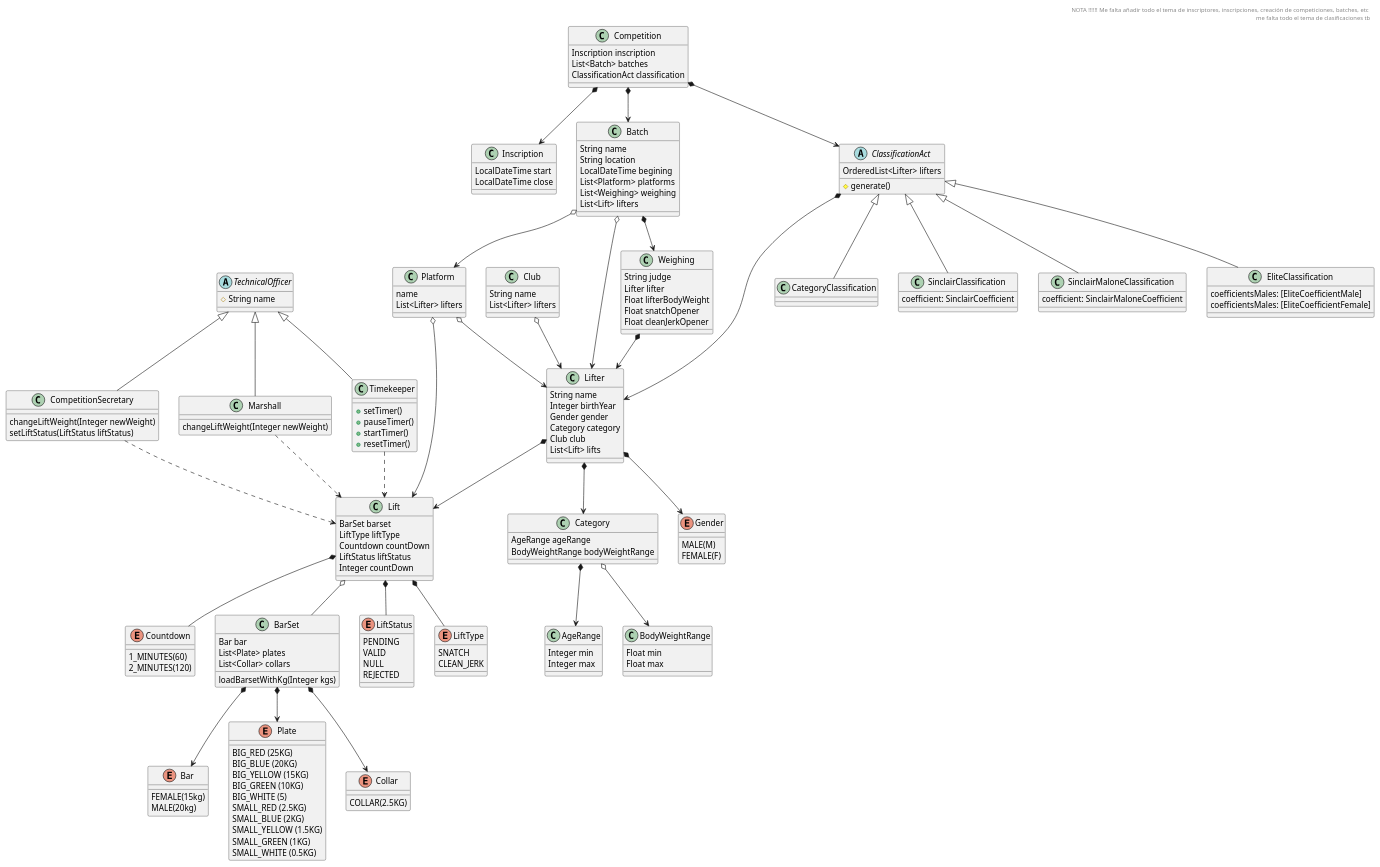
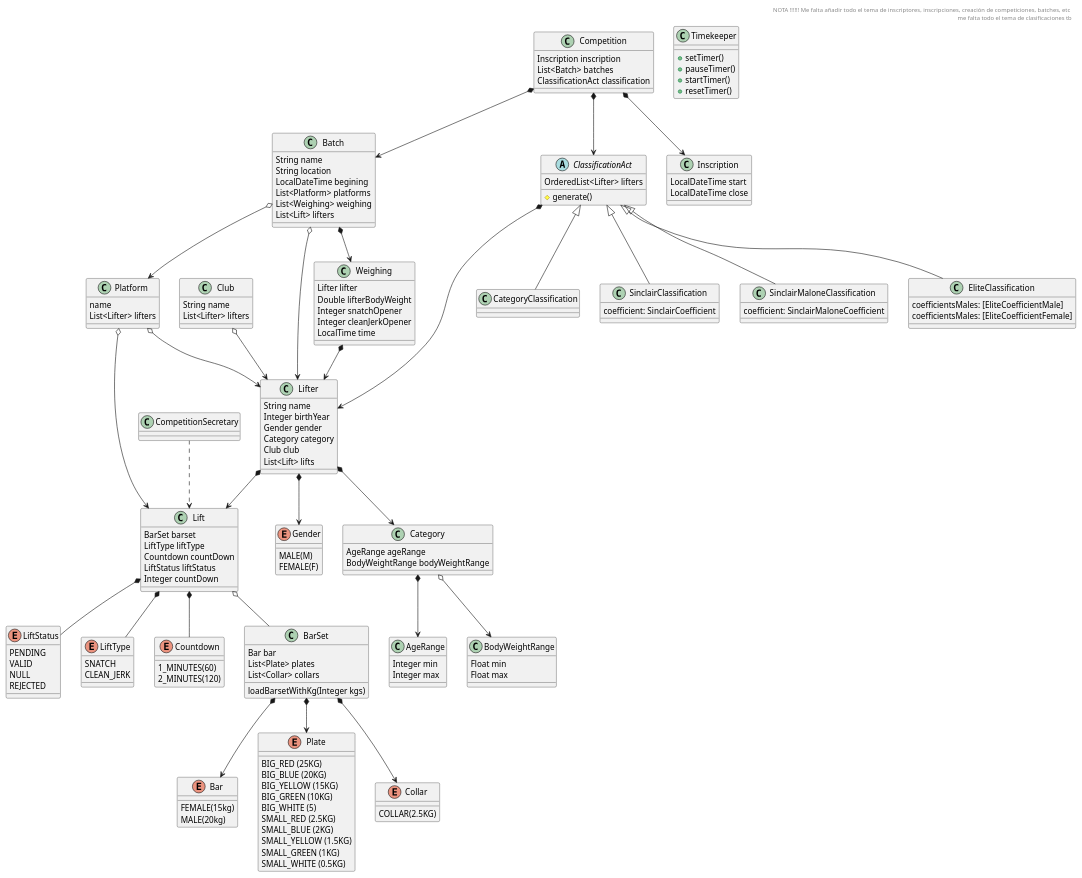
The diagram in documentation/diagrams/3_design/ClassDiagram.puml (zuldare/mastercloud_pfm_halterocms), drawn with PlantUML before and after one commit. The commit also changed 7 other files, not shown here.

Commit message:
feat: Refactor use case diagrams

```diff
--- a/documentation/diagrams/3_design/ClassDiagram.puml
+++ b/documentation/diagrams/3_design/ClassDiagram.puml
@@ -1,4 +1,6 @@
 @startuml
+
+'//TODO CHECK
 enum LiftStatus {
   PENDING
   VALID
@@ -42,10 +44,10 @@
   MALE(M)
   FEMALE(F)
 }
-
-class Marshall {
-  changeLiftWeight(Integer newWeight)
-}
+'
+'class Marshall {
+'  changeLiftWeight(Integer newWeight)
+'}
 
 class Timekeeper {
   + setTimer()
@@ -54,19 +56,19 @@
   + resetTimer()
 }
 
-class CompetitionSecretary {
-  changeLiftWeight(Integer newWeight)
-  setLiftStatus(LiftStatus liftStatus)
-}
+'class CompetitionSecretary {
+'  changeLiftWeight(Integer newWeight)
+'  setLiftStatus(LiftStatus liftStatus)
+'}
 
 
-abstract class TechnicalOfficer {
-  # String name
-}
-
-TechnicalOfficer <|-- CompetitionSecretary
-TechnicalOfficer <|-- Marshall
-TechnicalOfficer <|-- Timekeeper
+'abstract class TechnicalOfficer {
+'  # String name
+'}
+'
+'TechnicalOfficer <|-- CompetitionSecretary
+'TechnicalOfficer <|-- Marshall
+'TechnicalOfficer <|-- Timekeeper
 
 
 class BarSet {
@@ -120,11 +122,11 @@
 Platform o--> Lifter
 
 class Weighing {
-  String judge
   Lifter lifter
-  Float lifterBodyWeight
-  Float snatchOpener
-  Float cleanJerkOpener
+  Double lifterBodyWeight
+  Integer snatchOpener
+  Integer cleanJerkOpener
+  LocalTime time
 }
 
 Weighing *--> Lifter
@@ -196,8 +198,8 @@
 Batch o--> Lifter
 
 CompetitionSecretary ..> Lift
-Marshall ..> Lift
-Timekeeper ..> Lift
+'Marshall ..> Lift
+'Timekeeper ..> Lift
 
 Abstract ClassificationAct {
   OrderedList<Lifter> lifters
```
